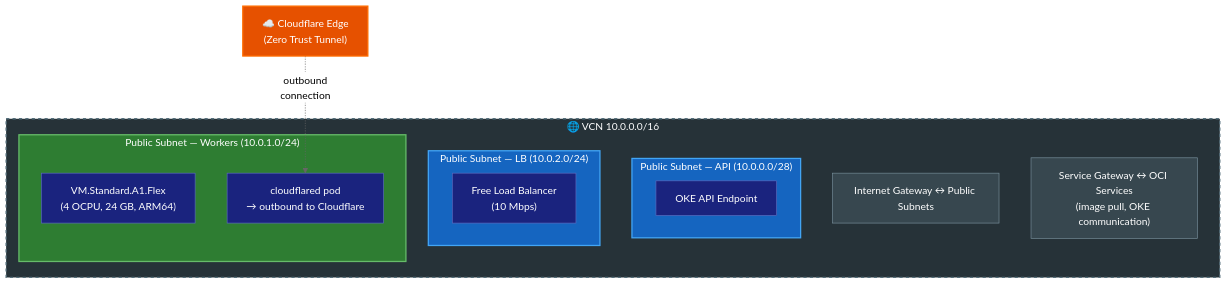
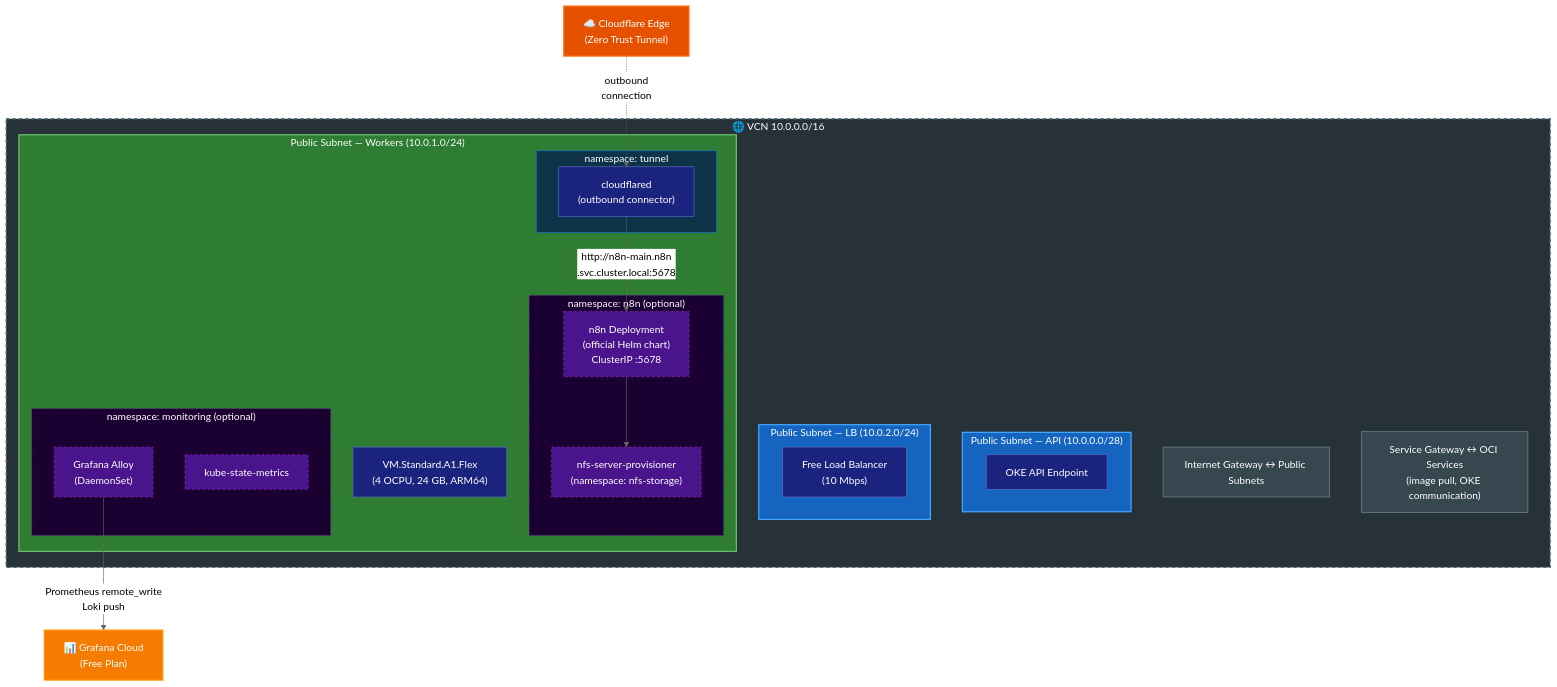
The diagram in README.md (Kouni/terraform-oci-oke-alwaysfree), drawn with Mermaid (neutral theme) before and after one commit. The commit also changed other lines of this file and 9 other files, not shown here.

````diff
--- a/README.md
+++ b/README.md
@@ -7,37 +7,61 @@
 ```mermaid
 graph TB
     CF["☁️ Cloudflare Edge<br/>(Zero Trust Tunnel)"]
+    GRAFANA["📊 Grafana Cloud<br/>(Free Plan)"]
 
     subgraph VCN["🌐 VCN 10.0.0.0/16"]
         subgraph SUB_API["Public Subnet — API (10.0.0.0/28)"]
             API["OKE API Endpoint"]
         end
 
         subgraph SUB_LB["Public Subnet — LB (10.0.2.0/24)"]
             LB["Free Load Balancer<br/>(10 Mbps)"]
         end
 
         subgraph SUB_WORKER["Public Subnet — Workers (10.0.1.0/24)"]
             WORKER["VM.Standard.A1.Flex<br/>(4 OCPU, 24 GB, ARM64)"]
-            CFD["cloudflared pod<br/>→ outbound to Cloudflare"]
+
+            subgraph NS_TUNNEL["namespace: tunnel"]
+                CFD["cloudflared<br/>(outbound connector)"]
+            end
+
+            subgraph NS_N8N["namespace: n8n (optional)"]
+                N8N["n8n Deployment<br/>(official Helm chart)<br/>ClusterIP :5678"]
+                NFS["nfs-server-provisioner<br/>(namespace: nfs-storage)"]
+                N8N --> NFS
+            end
+
+            subgraph NS_MON["namespace: monitoring (optional)"]
+                ALLOY["Grafana Alloy<br/>(DaemonSet)"]
+                KSM["kube-state-metrics"]
+            end
         end
 
         IGW["Internet Gateway ↔ Public Subnets"]
         SGW["Service Gateway ↔ OCI Services<br/>(image pull, OKE communication)"]
     end
 
     CF -.->|"outbound<br/>connection"| CFD
+    CFD -->|"http://n8n-main.n8n<br/>.svc.cluster.local:5678"| N8N
+    ALLOY -->|"Prometheus remote_write<br/>Loki push"| GRAFANA
 
     classDef cf fill:#e65100,color:#fff,stroke:#ff6d00,stroke-width:2px
     classDef node_box fill:#1a237e,color:#fff,stroke:#5c6bc0,stroke-width:1px
     classDef gw fill:#37474f,color:#fff,stroke:#78909c,stroke-width:1px
+    classDef optional fill:#4a148c,color:#fff,stroke:#9c27b0,stroke-width:1px,stroke-dasharray:4 4
+    classDef grafana fill:#f57c00,color:#fff,stroke:#ff9800,stroke-width:2px
 
     class CF cf
     class API,LB,WORKER,CFD node_box
     class IGW,SGW gw
+    class N8N,NFS,ALLOY,KSM optional
+    class GRAFANA grafana
 
     style VCN fill:#263238,color:#fff,stroke:#546e7a,stroke-width:2px,stroke-dasharray:5 5
     style SUB_API fill:#1565c0,color:#fff,stroke:#42a5f5,stroke-width:2px
     style SUB_LB fill:#1565c0,color:#fff,stroke:#42a5f5,stroke-width:2px
     style SUB_WORKER fill:#2e7d32,color:#fff,stroke:#66bb6a,stroke-width:2px
+    style NS_TUNNEL fill:#0d3349,color:#fff,stroke:#1976d2,stroke-width:1px
+    style NS_N8N fill:#1b0032,color:#fff,stroke:#7b1fa2,stroke-width:1px,stroke-dasharray:4 4
+    style NS_MON fill:#1b0032,color:#fff,stroke:#7b1fa2,stroke-width:1px,stroke-dasharray:4 4
 ```
````
